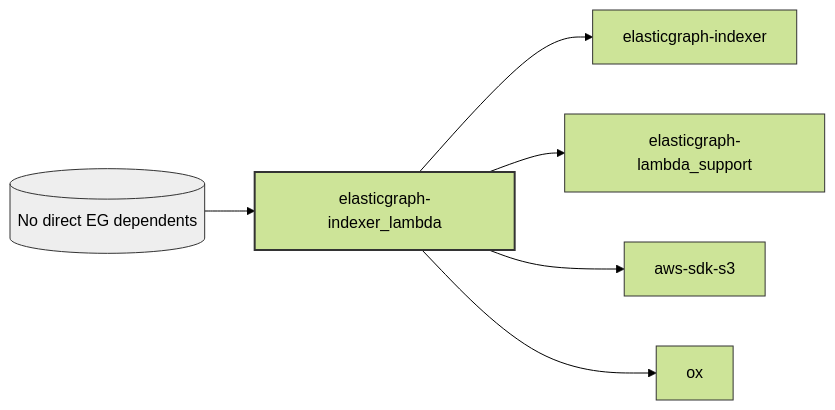
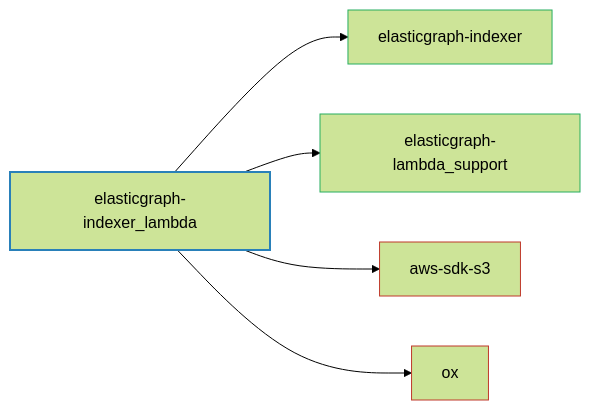
The diagram in elasticgraph-indexer_lambda/README.md (block/elasticgraph), drawn with Mermaid (forest theme) before and after one commit. The commit also changed 21 other files, not shown here.

````diff
--- a/elasticgraph-indexer_lambda/README.md
+++ b/elasticgraph-indexer_lambda/README.md
@@ -7,18 +7,17 @@
 ```mermaid
 graph LR;
+    elasticgraph-indexer_lambda["elasticgraph-indexer_lambda"];
+    elasticgraph-indexer["elasticgraph-indexer"];
     elasticgraph-indexer_lambda --> elasticgraph-indexer;
+    elasticgraph-lambda_support["elasticgraph-lambda_support"];
     elasticgraph-indexer_lambda --> elasticgraph-lambda_support;
+    aws-sdk-s3["aws-sdk-s3"];
     elasticgraph-indexer_lambda --> aws-sdk-s3;
+    ox["ox"];
     elasticgraph-indexer_lambda --> ox;
-    no_eg_dependents[(No direct EG dependents)] --> elasticgraph-indexer_lambda;
-    classDef currentGemStyle fill:#lightblue,stroke:#333,stroke-width:2px;
-    classDef internalEgGemStyle fill:#lightgreen,stroke:#333,stroke-width:1px;
-    classDef externalGemStyle fill:#lightcoral,stroke:#333,stroke-width:1px;
-    classDef placeholderNodeStyle fill:#eee,stroke:#333,stroke-width:1px;
-    class elasticgraph-indexer_lambda currentGemStyle;
-    class elasticgraph-indexer internalEgGemStyle;
-    class elasticgraph-lambda_support internalEgGemStyle;
-    class aws-sdk-s3 externalGemStyle;
-    class ox externalGemStyle;
-    class no_eg_dependents placeholderNodeStyle;
+    style elasticgraph-indexer_lambda fill:#lightblue,stroke:#2980b9,stroke-width:2px,color:#000;
+    style elasticgraph-indexer fill:#lightgreen,stroke:#27ae60,stroke-width:1px,color:#000;
+    style elasticgraph-lambda_support fill:#lightgreen,stroke:#27ae60,stroke-width:1px,color:#000;
+    style aws-sdk-s3 fill:#lightcoral,stroke:#c0392b,stroke-width:1px,color:#000;
+    style ox fill:#lightcoral,stroke:#c0392b,stroke-width:1px,color:#000;
 ```
````
